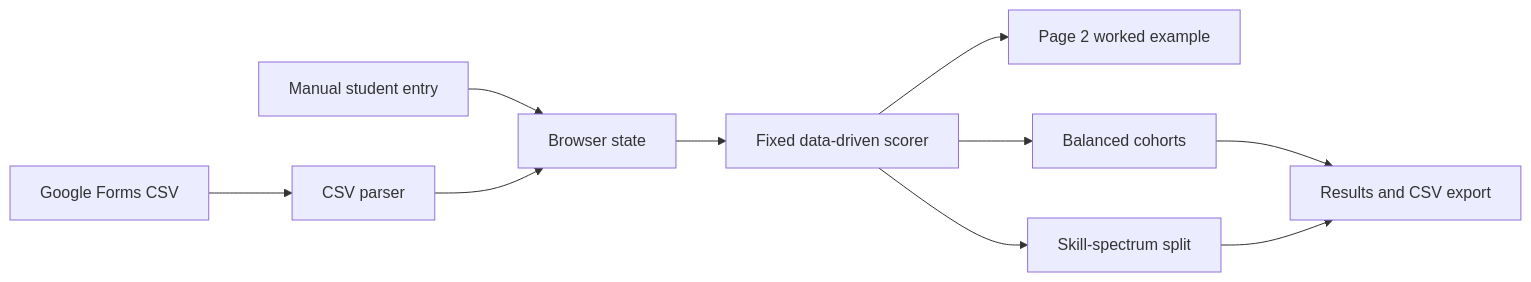
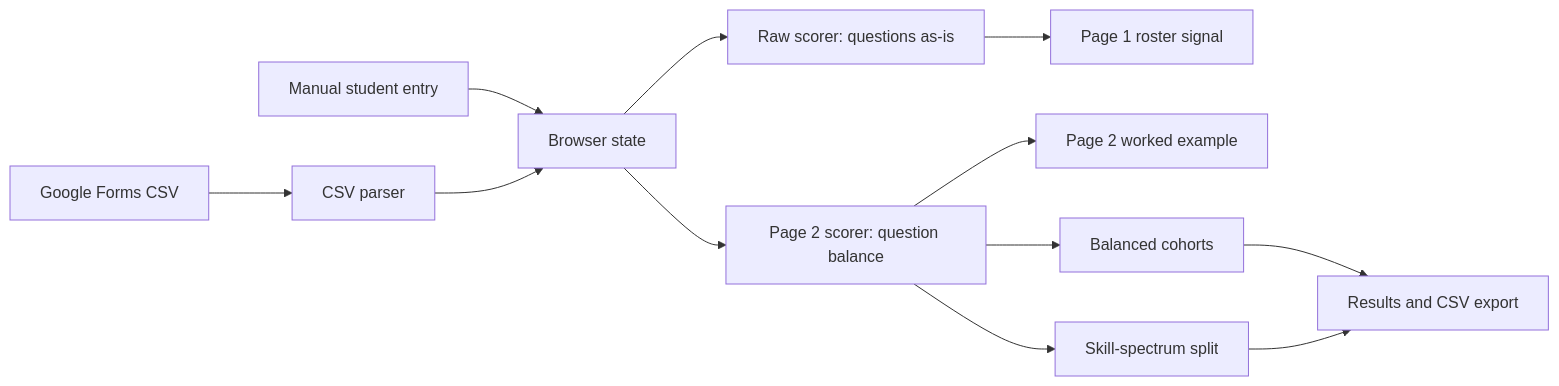
Before and after one commit to kommanderpi/Sortinghat: the diagram in docs/architecture.md, drawn with Mermaid. The commit also changed other lines of this file and 5 other files, not shown here.

Commit message:
Show raw signals on roster page

````diff
--- a/docs/architecture.md
+++ b/docs/architecture.md
@@ -7,12 +7,14 @@
 ```mermaid
 flowchart LR
   CSV[Google Forms CSV] --> Parse[CSV parser]
   Manual[Manual student entry] --> State[Browser state]
   Parse --> State
-  State --> Score[Fixed data-driven scorer]
-  Score --> Worked[Page 2 worked example]
-  Score --> Balanced[Balanced cohorts]
-  Score --> Split[Skill-spectrum split]
+  State --> Raw[Raw scorer: questions as-is]
+  Raw --> Roster[Page 1 roster signal]
+  State --> Adjusted[Page 2 scorer: question balance]
+  Adjusted --> Worked[Page 2 worked example]
+  Adjusted --> Balanced[Balanced cohorts]
+  Adjusted --> Split[Skill-spectrum split]
   Balanced --> Results[Results and CSV export]
   Split --> Results
 ```
````
